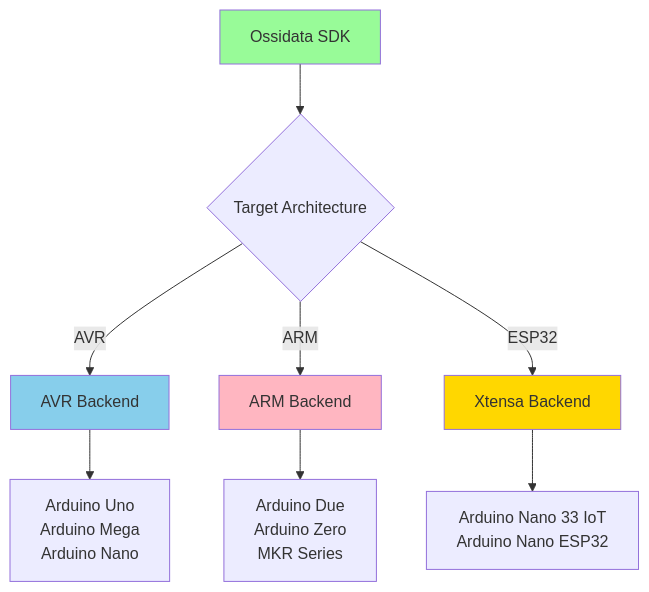
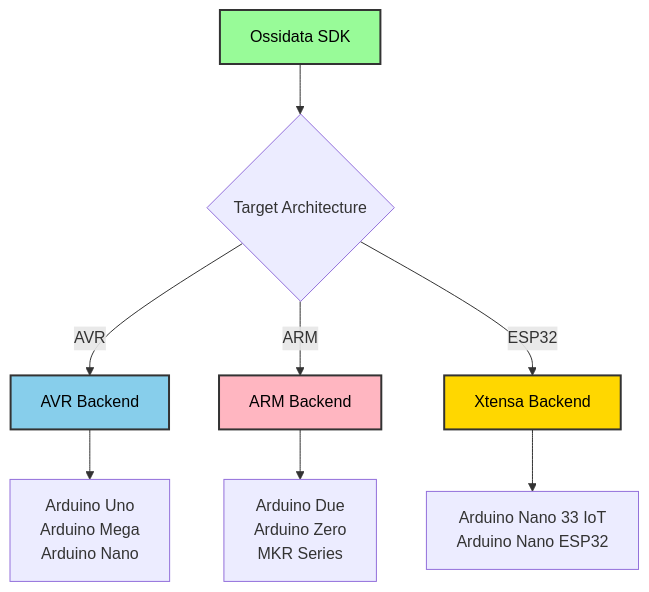
One commit to ScopeCreep-zip/ossidata changed the ninth of 11 diagrams in docs/ARCHITECTURE.md. Above: the diagram before and after it, drawn with Mermaid. The commit also changed other lines of this file and 4 other files, not shown here.

Commit message:
Update to mermaid diagrams to be more readable

````diff
--- a/docs/ARCHITECTURE.md
+++ b/docs/ARCHITECTURE.md
@@ -610,17 +610,17 @@
 ```mermaid
 graph TD
     A[Ossidata SDK] --> B{Target Architecture}
 
     B -->|AVR| C[AVR Backend]
     B -->|ARM| D[ARM Backend]
     B -->|ESP32| E[Xtensa Backend]
 
     C --> F[Arduino Uno<br/>Arduino Mega<br/>Arduino Nano]
     D --> G[Arduino Due<br/>Arduino Zero<br/>MKR Series]
     E --> H[Arduino Nano 33 IoT<br/>Arduino Nano ESP32]
 
-    style A fill:#98FB98
-    style C fill:#87CEEB
-    style D fill:#FFB6C1
-    style E fill:#FFD700
+    style A fill:#98FB98,stroke:#333,stroke-width:2px,color:#000
+    style C fill:#87CEEB,stroke:#333,stroke-width:2px,color:#000
+    style D fill:#FFB6C1,stroke:#333,stroke-width:2px,color:#000
+    style E fill:#FFD700,stroke:#333,stroke-width:2px,color:#000
 ```
````
